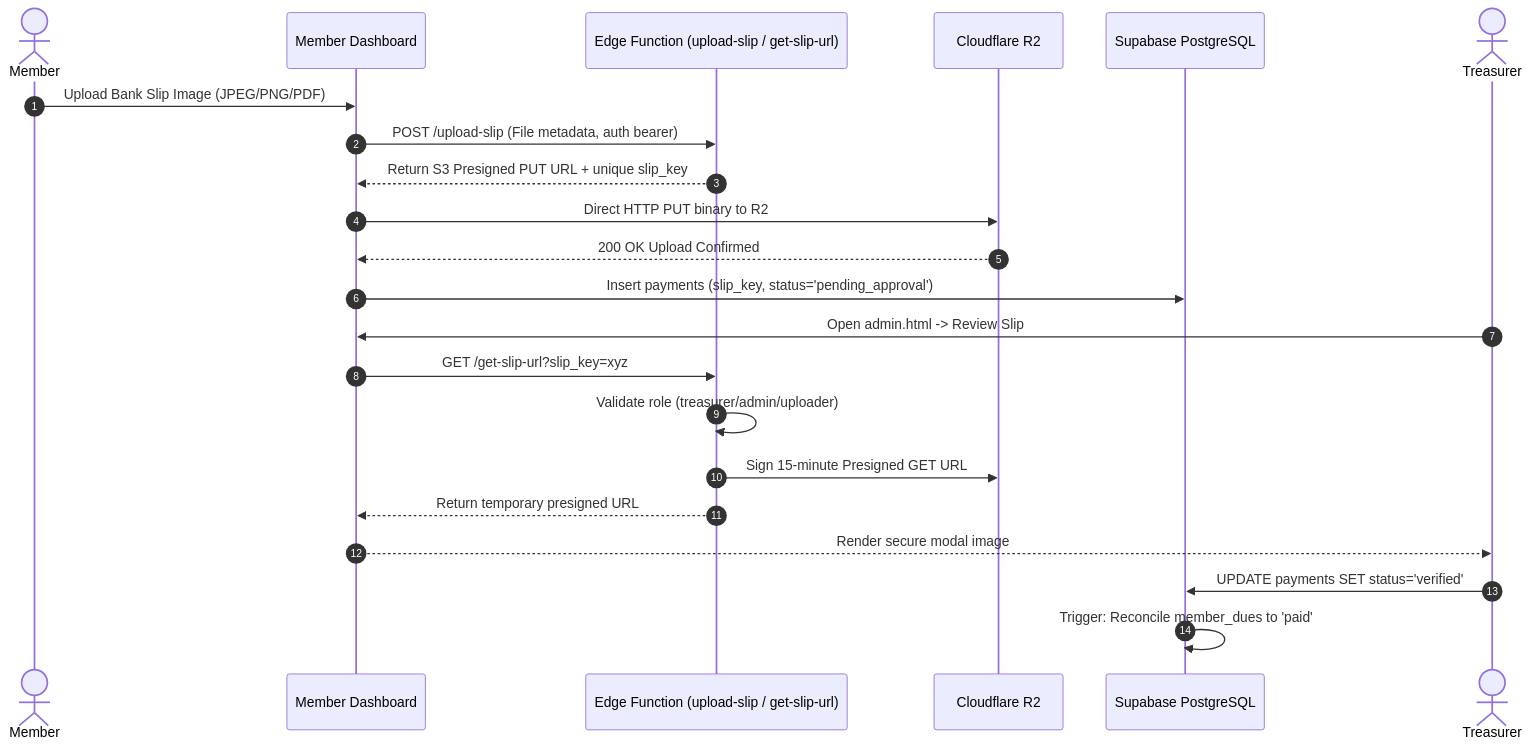
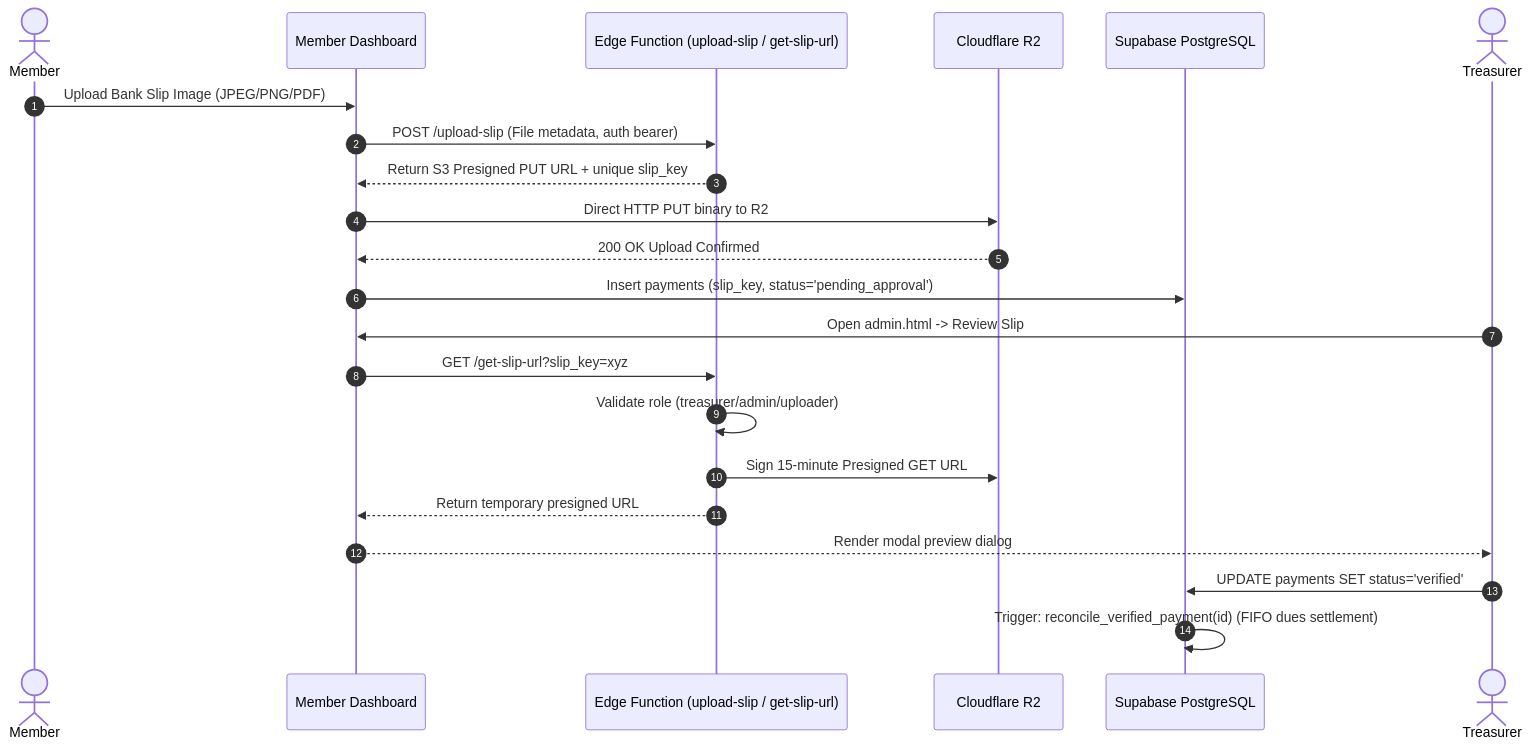
The third of 3 diagrams in docs/designs/mria_management_welfare_association_pwa.md (kiyamaninfo-alt/MRIA-Management-Welfare-Society), drawn with Mermaid before and after one commit. The commit also changed other lines of this file and 1 other file, not shown here.

````diff
--- a/docs/designs/mria_management_welfare_association_pwa.md
+++ b/docs/designs/mria_management_welfare_association_pwa.md
@@ -138,26 +145,26 @@
 ```mermaid
 sequenceDiagram
     autonumber
     actor Member as Member
     participant PWA as Member Dashboard
     participant EF as Edge Function (upload-slip / get-slip-url)
     participant R2 as Cloudflare R2
     participant DB as Supabase PostgreSQL
     actor Treasurer as Treasurer
 
     Member->>PWA: Upload Bank Slip Image (JPEG/PNG/PDF)
     PWA->>EF: POST /upload-slip (File metadata, auth bearer)
     EF-->>PWA: Return S3 Presigned PUT URL + unique slip_key
     PWA->>R2: Direct HTTP PUT binary to R2
     R2-->>PWA: 200 OK Upload Confirmed
     PWA->>DB: Insert payments (slip_key, status='pending_approval')
     
     Treasurer->>PWA: Open admin.html -> Review Slip
     PWA->>EF: GET /get-slip-url?slip_key=xyz
     EF->>EF: Validate role (treasurer/admin/uploader)
     EF->>R2: Sign 15-minute Presigned GET URL
     EF-->>PWA: Return temporary presigned URL
-    PWA-->>Treasurer: Render secure modal image
+    PWA-->>Treasurer: Render modal preview dialog
     Treasurer->>DB: UPDATE payments SET status='verified'
-    DB->>DB: Trigger: Reconcile member_dues to 'paid'
+    DB->>DB: Trigger: reconcile_verified_payment(id) (FIFO dues settlement)
 ```
````
